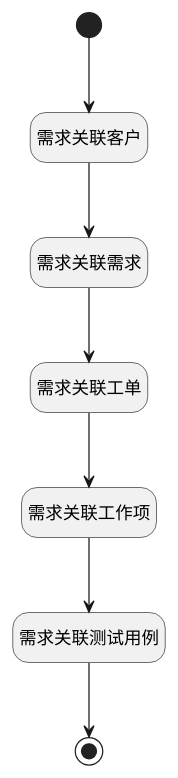
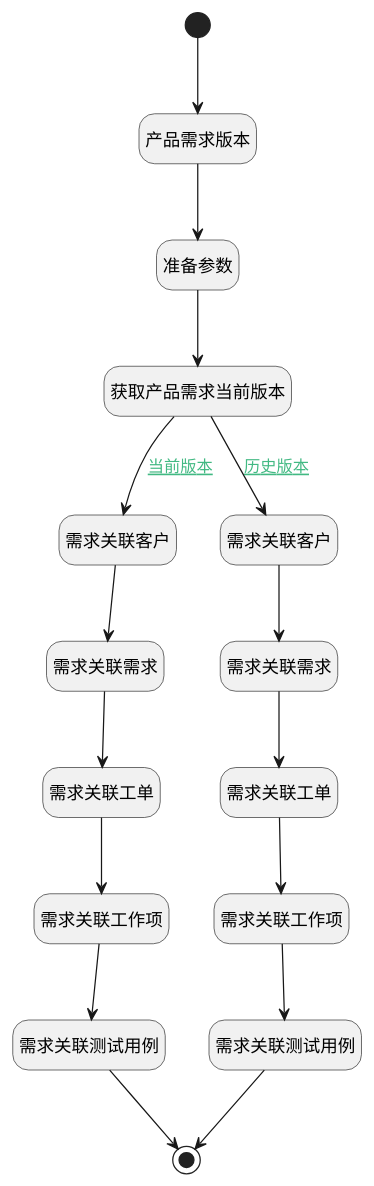
Before and after one commit to iBizLab/plm: the diagram in doc/docsify/module/ProdMgmt/idea/logic/product_idea_re_counters.md, drawn with PlantUML. The commit also changed other lines of this file and 2344 other files, not shown here.

````diff
--- a/doc/docsify/module/ProdMgmt/idea/logic/product_idea_re_counters.md
+++ b/doc/docsify/module/ProdMgmt/idea/logic/product_idea_re_counters.md
@@ -7,29 +7,46 @@
 ```plantuml
 @startuml
 hide empty description
 <style>
 root {
   HyperlinkColor #42b983
 }
 </style>
 
 hide empty description
 state "开始" as Begin <<start>> [[$./product_idea_re_counters#begin {"开始"}]]
-state "结束" as END1 <<end>> [[$./product_idea_re_counters#end1 {"结束"}]]
 state "需求关联客户" as RAWSQLCALL1  [[$./product_idea_re_counters#rawsqlcall1 {"需求关联客户"}]]
 state "需求关联需求" as RAWSQLCALL2  [[$./product_idea_re_counters#rawsqlcall2 {"需求关联需求"}]]
 state "需求关联工单" as RAWSQLCALL3  [[$./product_idea_re_counters#rawsqlcall3 {"需求关联工单"}]]
 state "需求关联工作项" as RAWSQLCALL4  [[$./product_idea_re_counters#rawsqlcall4 {"需求关联工作项"}]]
 state "需求关联测试用例" as RAWSQLCALL5  [[$./product_idea_re_counters#rawsqlcall5 {"需求关联测试用例"}]]
+state "结束" as END1 <<end>> [[$./product_idea_re_counters#end1 {"结束"}]]
+state "准备参数" as PREPAREPARAM1  [[$./product_idea_re_counters#prepareparam1 {"准备参数"}]]
+state "获取产品需求当前版本" as DEACTION1  [[$./product_idea_re_counters#deaction1 {"获取产品需求当前版本"}]]
+state "产品需求版本" as RAWSQLCALL6  [[$./product_idea_re_counters#rawsqlcall6 {"产品需求版本"}]]
+state "需求关联客户" as RAWSQLCALL7  [[$./product_idea_re_counters#rawsqlcall7 {"需求关联客户"}]]
+state "需求关联需求" as RAWSQLCALL8  [[$./product_idea_re_counters#rawsqlcall8 {"需求关联需求"}]]
+state "需求关联工单" as RAWSQLCALL9  [[$./product_idea_re_counters#rawsqlcall9 {"需求关联工单"}]]
+state "需求关联工作项" as RAWSQLCALL10  [[$./product_idea_re_counters#rawsqlcall10 {"需求关联工作项"}]]
+state "需求关联测试用例" as RAWSQLCALL11  [[$./product_idea_re_counters#rawsqlcall11 {"需求关联测试用例"}]]
 
 
-Begin --> RAWSQLCALL1
+Begin --> RAWSQLCALL6
+RAWSQLCALL6 --> PREPAREPARAM1
+PREPAREPARAM1 --> DEACTION1
+DEACTION1 --> RAWSQLCALL1 : [[$./product_idea_re_counters#deaction1-rawsqlcall1{当前版本} 当前版本]]
 RAWSQLCALL1 --> RAWSQLCALL2
 RAWSQLCALL2 --> RAWSQLCALL3
 RAWSQLCALL3 --> RAWSQLCALL4
 RAWSQLCALL4 --> RAWSQLCALL5
 RAWSQLCALL5 --> END1
+DEACTION1 --> RAWSQLCALL7 : [[$./product_idea_re_counters#deaction1-rawsqlcall7{历史版本} 历史版本]]
+RAWSQLCALL7 --> RAWSQLCALL8
+RAWSQLCALL8 --> RAWSQLCALL9
+RAWSQLCALL9 --> RAWSQLCALL10
+RAWSQLCALL10 --> RAWSQLCALL11
+RAWSQLCALL11 --> END1
 
 
 @enduml
 ```
````
